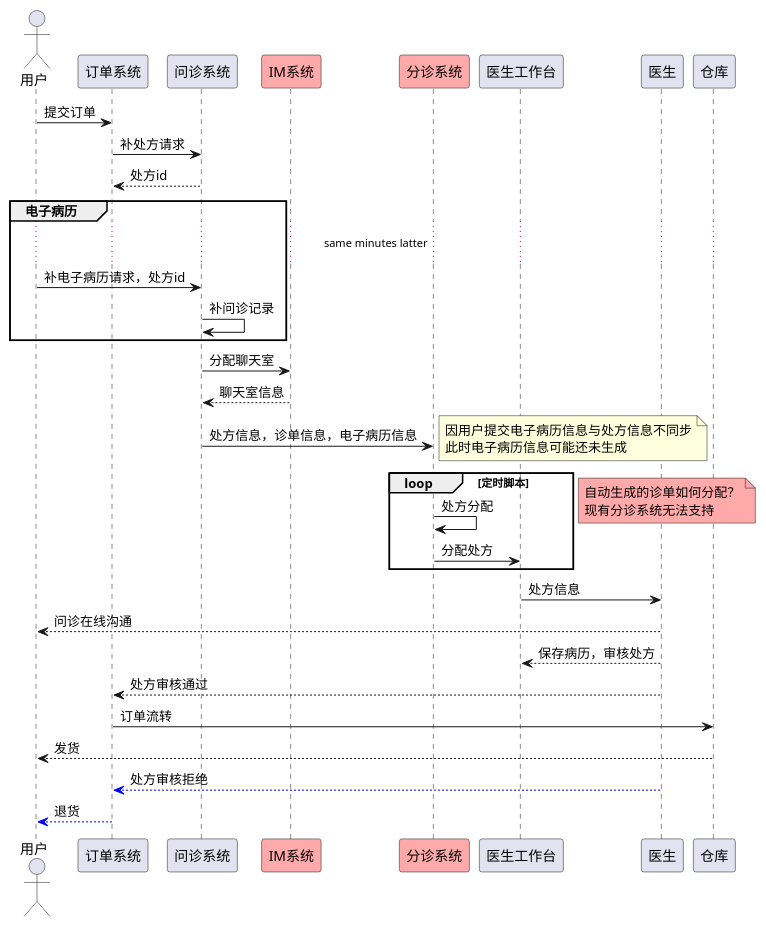
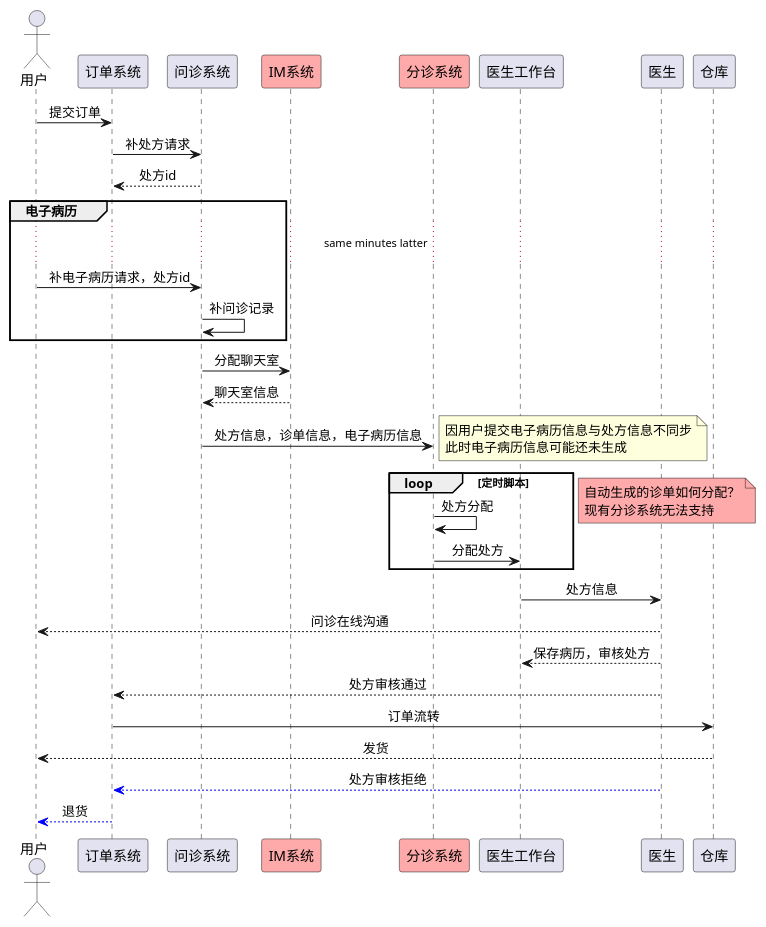
One commit to wxxzy/mdesk changed the diagram in chaos/src/main/java/com/chaos/graph/新处方前置.puml. Above: the diagram before and after it, drawn with PlantUML. The commit also changed 2 other files, not shown here.

Commit message:
add PlantUML

```diff
--- a/chaos/src/main/java/com/chaos/graph/新处方前置.puml
+++ b/chaos/src/main/java/com/chaos/graph/新处方前置.puml
@@ -1,47 +1,46 @@
 @startuml
 actor 用户
-
-
+skinparam sequenceMessageAlign center
 
 用户 -> 订单系统: 提交订单
 
 订单系统 -> 问诊系统: 补处方请求
 问诊系统 --> 订单系统: 处方id
 
 group 电子病历
 ...same minutes latter...
 用户 -> 问诊系统: 补电子病历请求，处方id
 问诊系统 -> 问诊系统: 补问诊记录
 end
 participant IM系统 #FFAAAA
 问诊系统 -> IM系统: 分配聊天室
 问诊系统 <-- IM系统: 聊天室信息
 
 participant 分诊系统 #FFAAAA
 问诊系统 -> 分诊系统: 处方信息，诊单信息，电子病历信息
 note right
 因用户提交电子病历信息与处方信息不同步
 此时电子病历信息可能还未生成
 end note
 loop 定时脚本
     分诊系统 ->分诊系统: 处方分配
     分诊系统 -> 医生工作台: 分配处方
 end
 note left #FFAAAA
 自动生成的诊单如何分配？
 现有分诊系统无法支持
 end note
 
 医生工作台 -> 医生: 处方信息
 医生 --> 用户: 问诊在线沟通
 
 医生工作台 <-- 医生: 保存病历，审核处方
 
 医生 --> 订单系统: 处方审核通过
 订单系统 ->仓库: 订单流转
 仓库 --> 用户: 发货
 医生 --[#0000FF]> 订单系统: 处方审核拒绝
 订单系统--[#0000FF]> 用户: 退货
 
 
 @enduml
```
